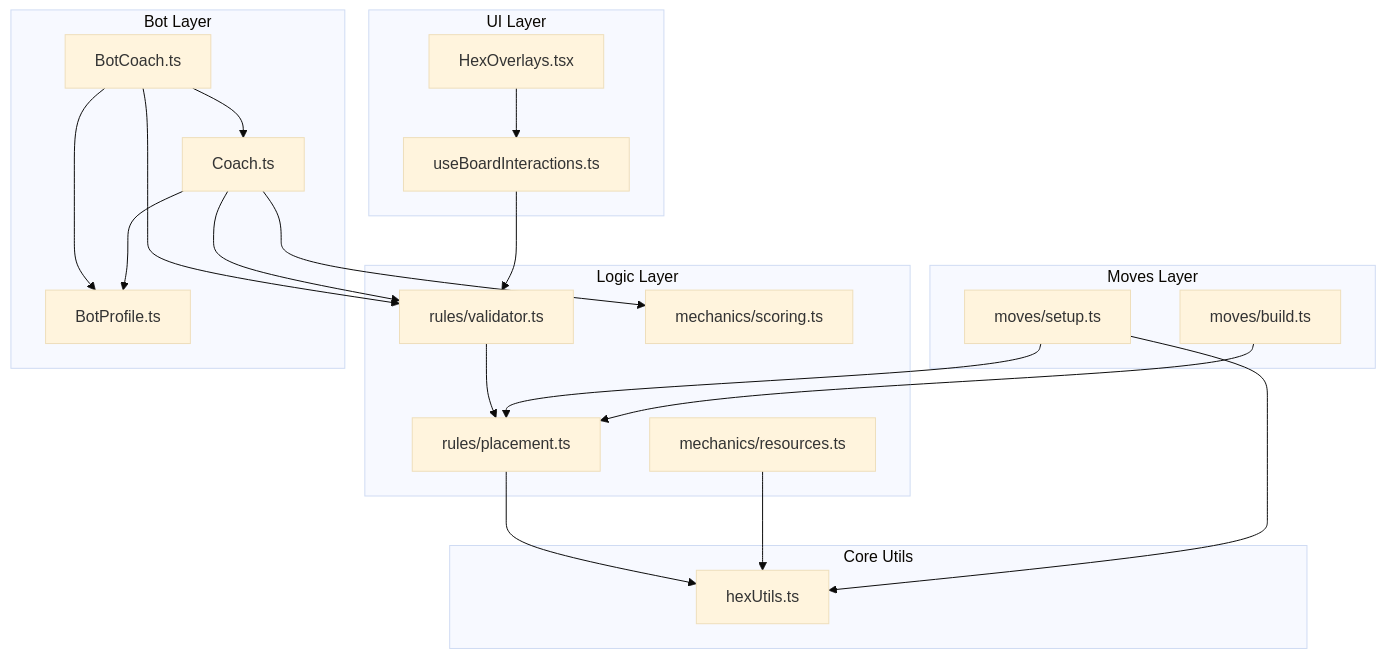
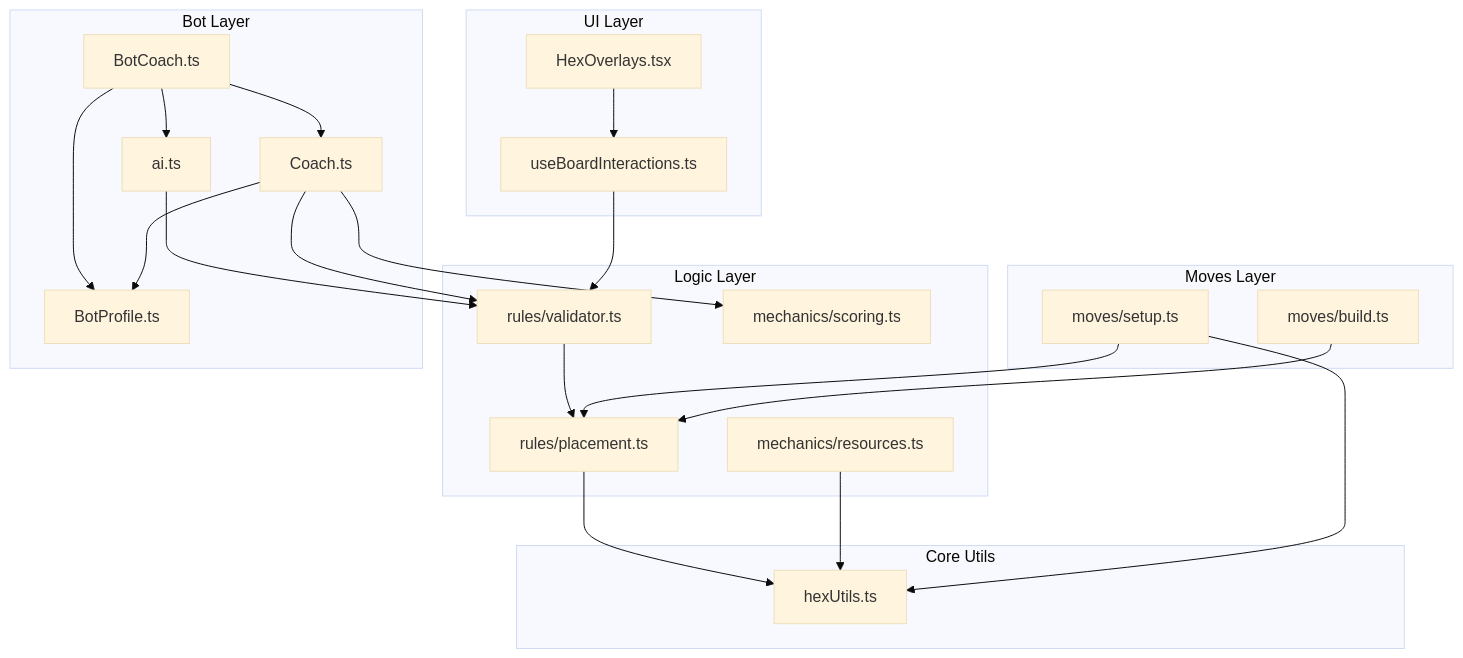
One commit to g1ddy/catan-hex-mastery changed the diagram in REFACTOR_PLAN.md. Above: the diagram before and after it, drawn with Mermaid (base theme). The commit also changed other lines of this file and 4 other files, not shown here.

````diff
--- a/REFACTOR_PLAN.md
+++ b/REFACTOR_PLAN.md
@@ -128,46 +89,48 @@
 ```mermaid
 graph TD
     subgraph UI Layer
         HO[HexOverlays.tsx]
         UBI[useBoardInteractions.ts]
     end
 
     subgraph Moves Layer
         Setup[moves/setup.ts]
         Build[moves/build.ts]
     end
 
     subgraph Logic Layer
         V[rules/validator.ts]
         P[rules/placement.ts]
         S[mechanics/scoring.ts]
         R[mechanics/resources.ts]
     end
 
     subgraph Bot Layer
         BC[BotCoach.ts]
         C[Coach.ts]
         BP[BotProfile.ts]
+        AI[ai.ts]
     end
 
     subgraph Core Utils
         HU[hexUtils.ts]
     end
 
     HO --> UBI
     UBI --> V
     V --> P
     P --> HU
     R --> HU
     Setup --> P
     Setup --> HU
     Build --> P
 
+    AI --> V
     BC --> C
-    BC --> V
+    BC --> AI
     BC --> BP
 
     C --> V
     C --> S
     C --> BP
 ```
````
